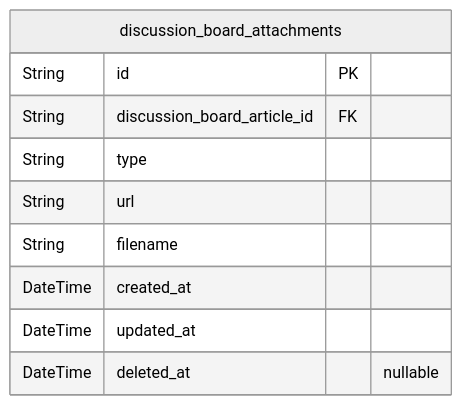
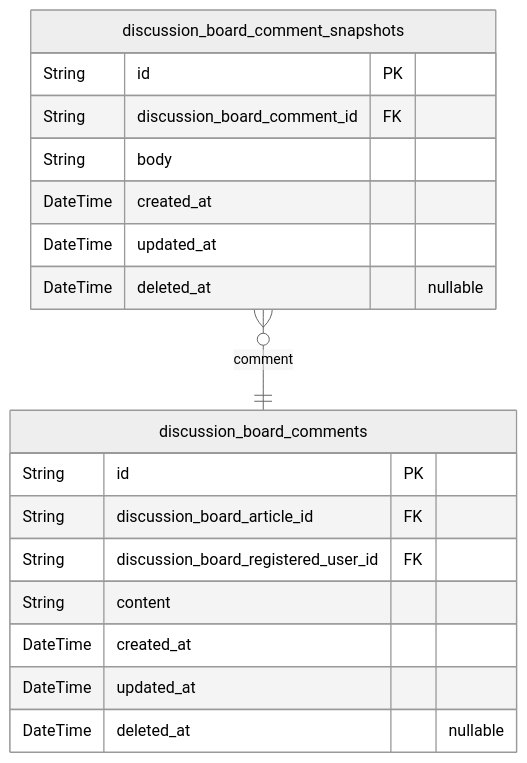
The fifth of 8 diagrams in openai/gpt-4.1-mini/bbs/docs/ERD.md (wrtnlabs/autobe-examples), drawn with Mermaid (neutral theme) before and after one commit. The commit also changed other lines of this file and 23872 other files, not shown here.

````diff
--- a/openai/gpt-4.1-mini/bbs/docs/ERD.md
+++ b/openai/gpt-4.1-mini/bbs/docs/ERD.md
@@ -217,13 +784,21 @@
 ```mermaid
 erDiagram
-"discussion_board_attachments" {
+"discussion_board_comments" {
   String id PK
   String discussion_board_article_id FK
-  String type
-  String url
-  String filename
+  String discussion_board_registered_user_id FK
+  String content
   DateTime created_at
   DateTime updated_at
   DateTime deleted_at "nullable"
 }
+"discussion_board_comment_snapshots" {
+  String id PK
+  String discussion_board_comment_id FK
+  String body
+  DateTime created_at
+  DateTime updated_at
+  DateTime deleted_at "nullable"
+}
+"discussion_board_comment_snapshots" }o--|| "discussion_board_comments" : comment
 ```
````
